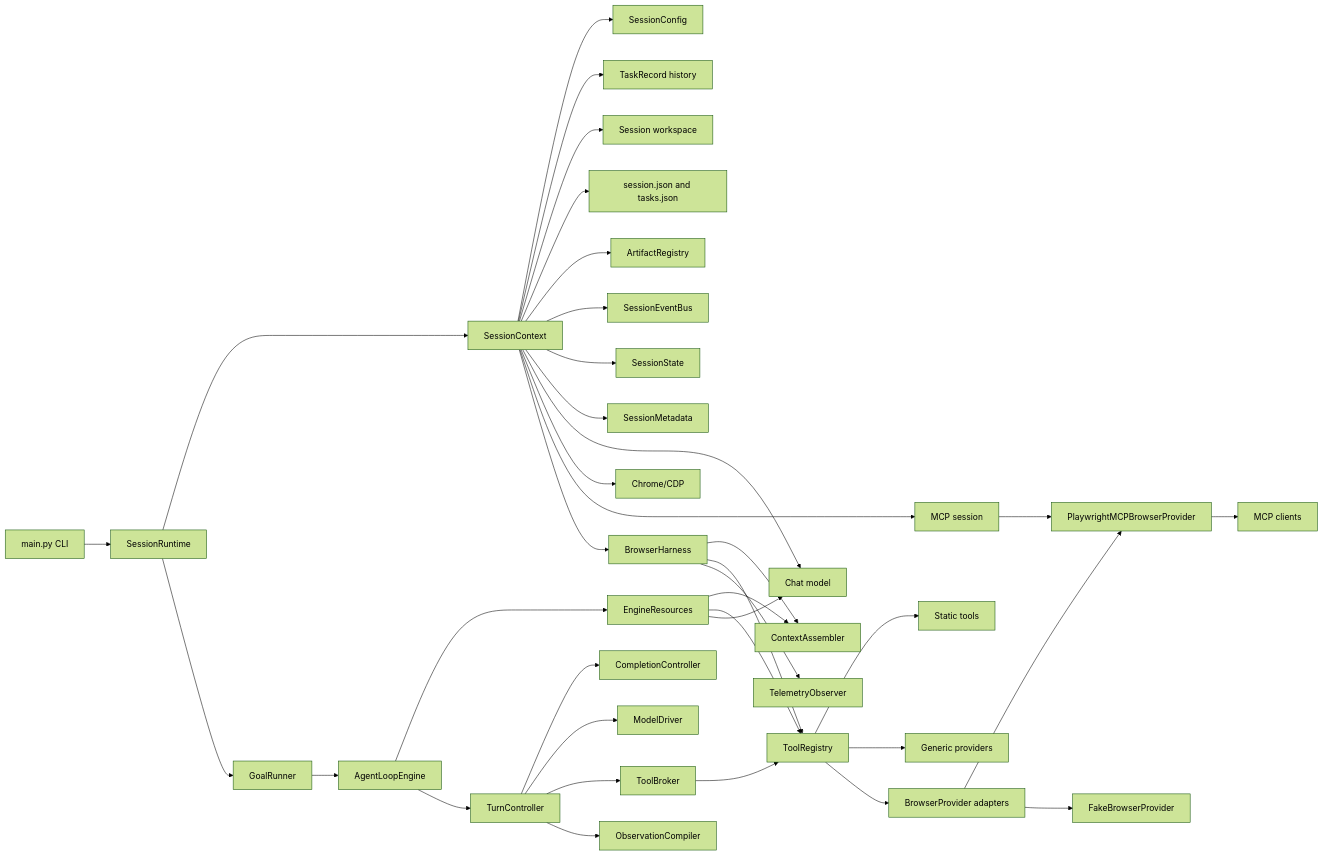
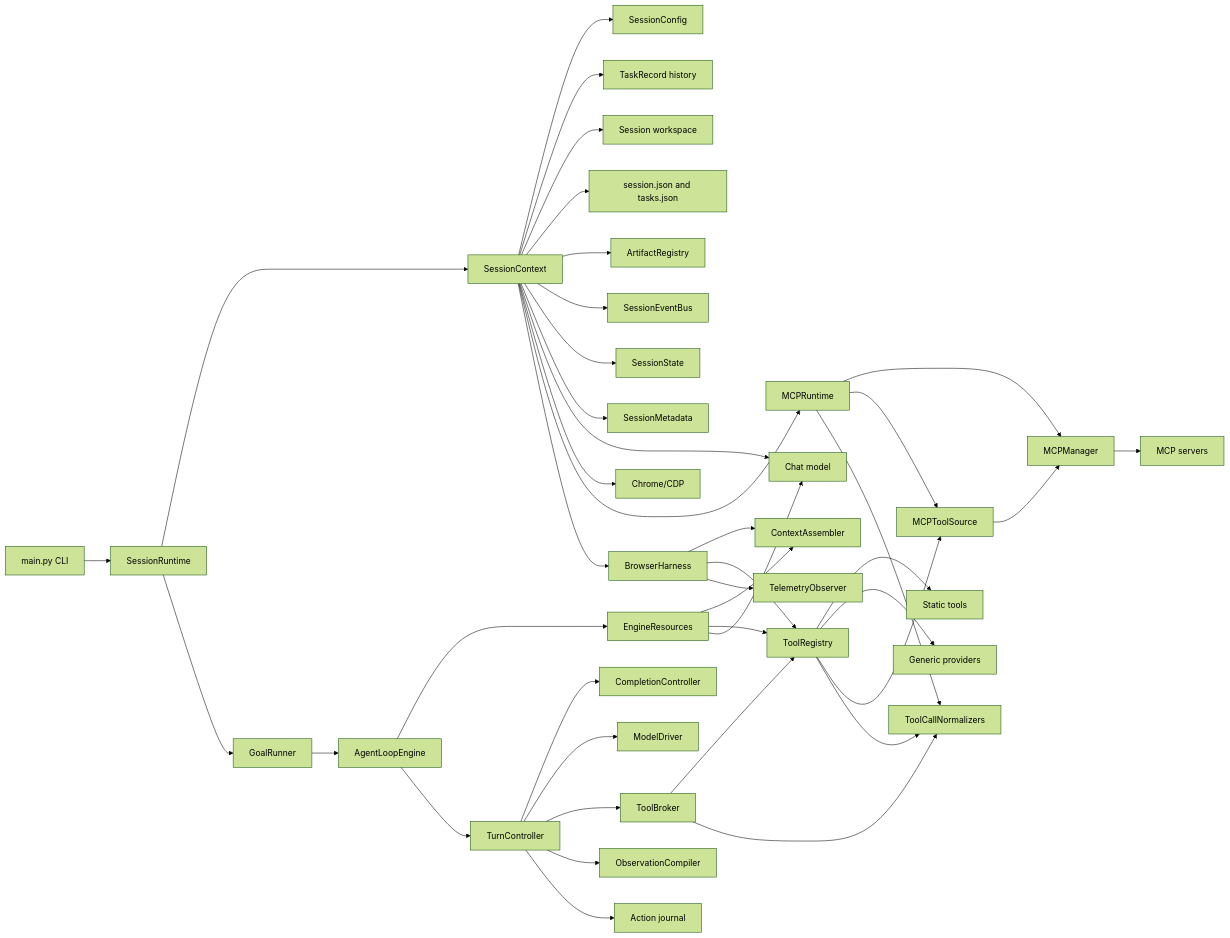
The diagram in docs/diagrams/harness-boundaries.md (Hastur456/AutoBrowser), drawn with Mermaid (forest theme) before and after one commit. The commit also changed other lines of this file and 14 other files, not shown here.

Commit message:
docs: document universal MCP manager and server-neutral progress journal

````diff
--- a/docs/diagrams/harness-boundaries.md
+++ b/docs/diagrams/harness-boundaries.md
@@ -8,39 +8,43 @@
 ```mermaid
 flowchart LR
   CLI[main.py CLI] --> Session[SessionRuntime]
   Session --> SessionCtx[SessionContext]
   SessionCtx --> Config[SessionConfig]
   SessionCtx --> Tasks[TaskRecord history]
   SessionCtx --> Workspace[Session workspace]
   SessionCtx --> SessionFiles[session.json and tasks.json]
   SessionCtx --> Artifacts[ArtifactRegistry]
   SessionCtx --> Events[SessionEventBus]
   SessionCtx --> State[SessionState]
   SessionCtx --> Metadata[SessionMetadata]
   SessionCtx --> LLM[Chat model]
   SessionCtx --> Chrome[Chrome/CDP]
-  SessionCtx --> MCPRuntime[MCP session]
+  SessionCtx --> MCPRuntime[MCPRuntime]
   SessionCtx --> Harness[BrowserHarness]
-  MCPRuntime --> PlaywrightProvider[PlaywrightMCPBrowserProvider]
+  MCPRuntime --> Manager[MCPManager]
+  MCPRuntime --> ToolSource[MCPToolSource]
+  MCPRuntime --> Normalizers[ToolCallNormalizers]
+  Manager --> MCP[MCP servers]
   Session --> GoalRunner[GoalRunner]
   GoalRunner --> Engine[AgentLoopEngine]
   Harness --> ContextAssembler[ContextAssembler]
   Harness --> Tools[ToolRegistry]
   Harness --> Telemetry[TelemetryObserver]
   Engine --> Resources[EngineResources]
   Resources --> ContextAssembler
   Resources --> Tools
   Resources --> LLM
   Tools --> StaticTools[Static tools]
   Tools --> Providers[Generic providers]
-  Tools --> BrowserProviders[BrowserProvider adapters]
-  BrowserProviders --> PlaywrightProvider
-  BrowserProviders --> FakeProvider[FakeBrowserProvider]
-  PlaywrightProvider --> MCP[MCP clients]
+  Tools --> ToolSource
+  Tools --> Normalizers
+  ToolSource --> Manager
   Engine --> TurnController[TurnController]
   TurnController --> Completion[CompletionController]
   TurnController --> ModelDriver[ModelDriver]
   TurnController --> ToolBroker[ToolBroker]
   TurnController --> ObsCompiler[ObservationCompiler]
   ToolBroker --> Tools
+  ToolBroker --> Normalizers
+  TurnController --> Journal[Action journal]
 ```
````
